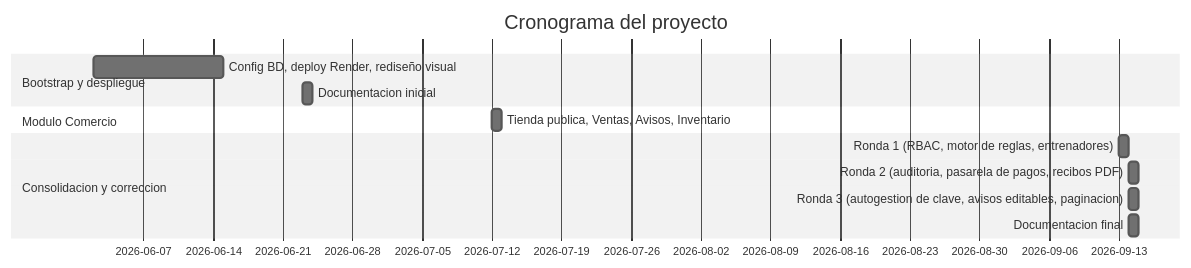
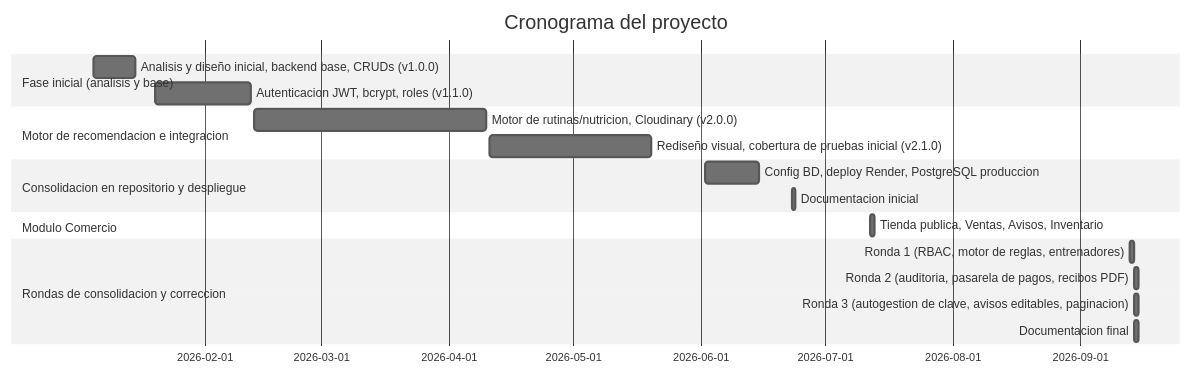
One commit to KeenGuerra/GleyforGymInvestigacion changed the fourth of 10 diagrams in docs/07_Gestion_Proyecto/Intervencion_Metodologica.md. Above: the diagram before and after it, drawn with Mermaid (neutral theme). The commit also changed other lines of this file and 2 other files, not shown here.

````diff
--- a/docs/07_Gestion_Proyecto/Intervencion_Metodologica.md
+++ b/docs/07_Gestion_Proyecto/Intervencion_Metodologica.md
@@ -147,15 +186,21 @@
 ```mermaid
 gantt
     dateFormat YYYY-MM-DD
     title Cronograma del proyecto
-    section Bootstrap y despliegue
-    Config BD, deploy Render, rediseño visual :2026-06-02, 2026-06-15
+    section Fase inicial (analisis y base)
+    Analisis y diseño inicial, backend base, CRUDs (v1.0.0) :2026-01-05, 2026-01-15
+    Autenticacion JWT, bcrypt, roles (v1.1.0) :2026-01-20, 2026-02-12
+    section Motor de recomendacion e integracion
+    Motor de rutinas/nutricion, Cloudinary (v2.0.0) :2026-02-13, 2026-04-10
+    Rediseño visual, cobertura de pruebas inicial (v2.1.0) :2026-04-11, 2026-05-20
+    section Consolidacion en repositorio y despliegue
+    Config BD, deploy Render, PostgreSQL produccion :2026-06-02, 2026-06-15
     Documentacion inicial :2026-06-23, 1d
     section Modulo Comercio
     Tienda publica, Ventas, Avisos, Inventario :2026-07-12, 2026-07-13
-    section Consolidacion y correccion
+    section Rondas de consolidacion y correccion
     Ronda 1 (RBAC, motor de reglas, entrenadores) :2026-09-13, 1d
     Ronda 2 (auditoria, pasarela de pagos, recibos PDF) :2026-09-14, 1d
     Ronda 3 (autogestion de clave, avisos editables, paginacion) :2026-09-14, 1d
     Documentacion final :2026-09-14, 2026-09-15
 ```
````
